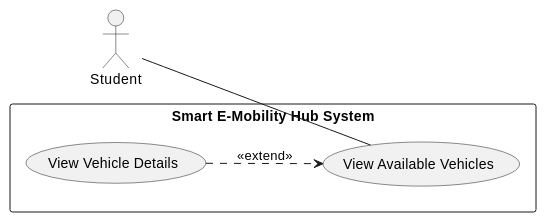
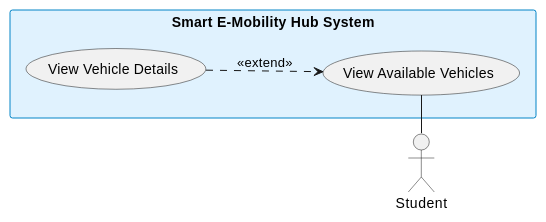
Before and after one commit to YdtTran/software-engineerning: the fifth of 30 diagrams in 01_Diagram/01_Usecase_Diagram/PLANTUML_ALL.md, drawn with PlantUML. The commit also changed other lines of this file and 217 other files, not shown here.

````diff
--- a/01_Diagram/01_Usecase_Diagram/PLANTUML_ALL.md
+++ b/01_Diagram/01_Usecase_Diagram/PLANTUML_ALL.md
@@ -159,18 +127,15 @@
 ```plantuml
 @startuml
 left to right direction
-skinparam packageStyle rectangle
 skinparam shadowing false
-
-actor "Student" as Student
-
+skinparam rectangleBackgroundColor #e0f2fe
+skinparam rectangleBorderColor #0284c7
+actor "Student" as actor_left
 rectangle "Smart E-Mobility Hub System" {
-    usecase "View Available Vehicles" as UC_View
-    usecase "View Vehicle Details" as UC_Detail
-
-    UC_Detail ..> UC_View : <<extend>>
+  usecase "View Available Vehicles" as uc_base
+  usecase "View Vehicle Details" as uc_ext
 }
-
-Student -- UC_View
+actor_left -right- uc_base
+uc_ext ..> uc_base : <<extend>>
 @enduml
 ```
````
